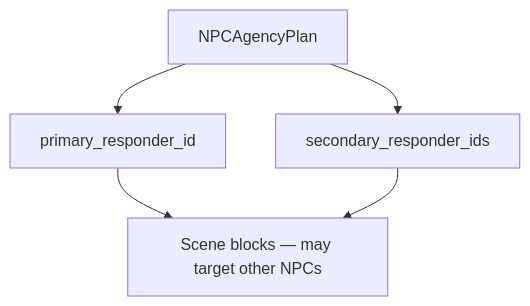
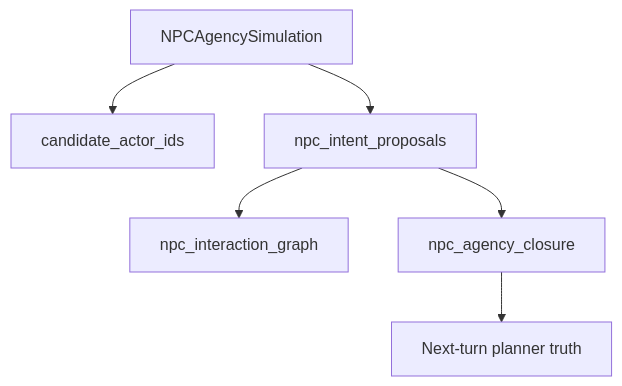
The diagram in docs/ADR/MVP_Live_Runtime_Completion/adr-mvp3-012-npc-free-dramatic-agency.md (Held0fTheWelt/BLACKVEIN), drawn with Mermaid before and after one commit. The commit also changed other lines of this file and 34 other files, not shown here.

````diff
--- a/docs/ADR/MVP_Live_Runtime_Completion/adr-mvp3-012-npc-free-dramatic-agency.md
+++ b/docs/ADR/MVP_Live_Runtime_Completion/adr-mvp3-012-npc-free-dramatic-agency.md
@@ -76,7 +85,8 @@
 ```mermaid
 flowchart TB
-  PLAN[NPCAgencyPlan] --> PRIM[primary_responder_id]
-  PLAN --> SEC[secondary_responder_ids]
-  PRIM --> BLK[Scene blocks — may target other NPCs]
-  SEC --> BLK
+  SIM[NPCAgencySimulation] --> ROSTER[candidate_actor_ids]
+  SIM --> PROPOSALS[npc_intent_proposals]
+  PROPOSALS --> GRAPH[npc_interaction_graph]
+  PROPOSALS --> CLOSURE[npc_agency_closure]
+  CLOSURE --> NEXT[Next-turn planner truth]
 ```
````
